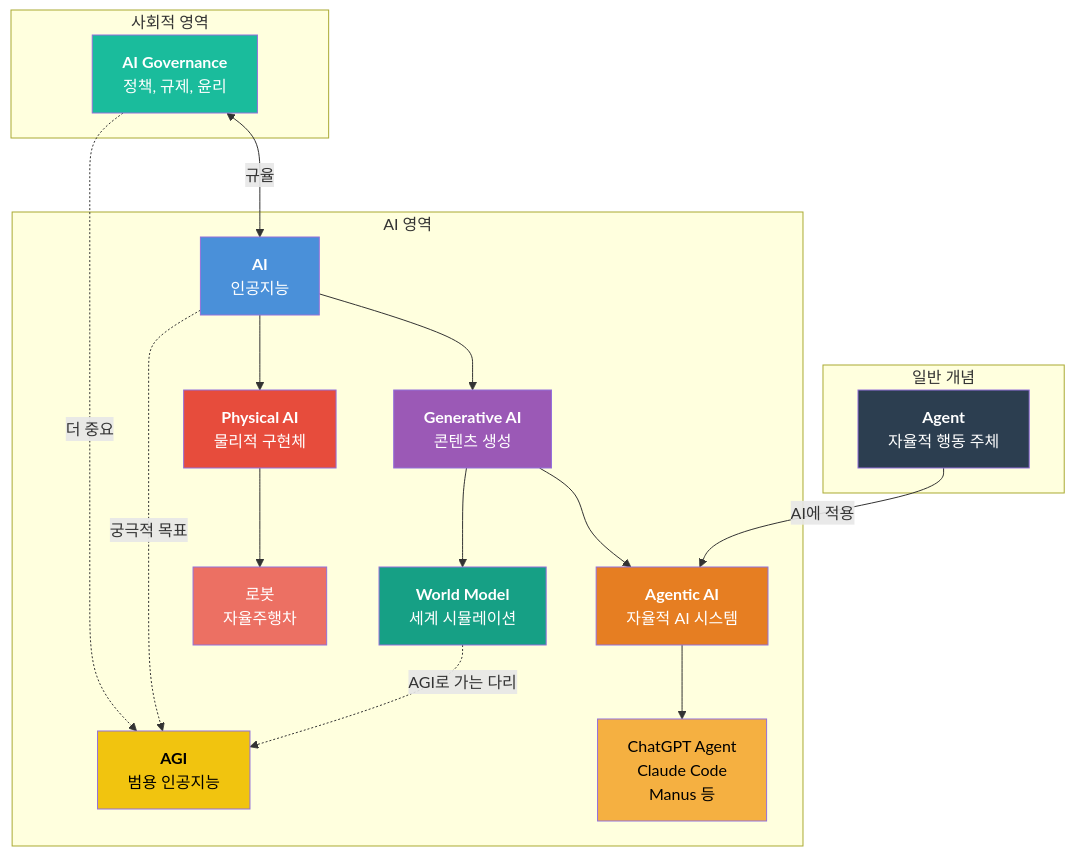
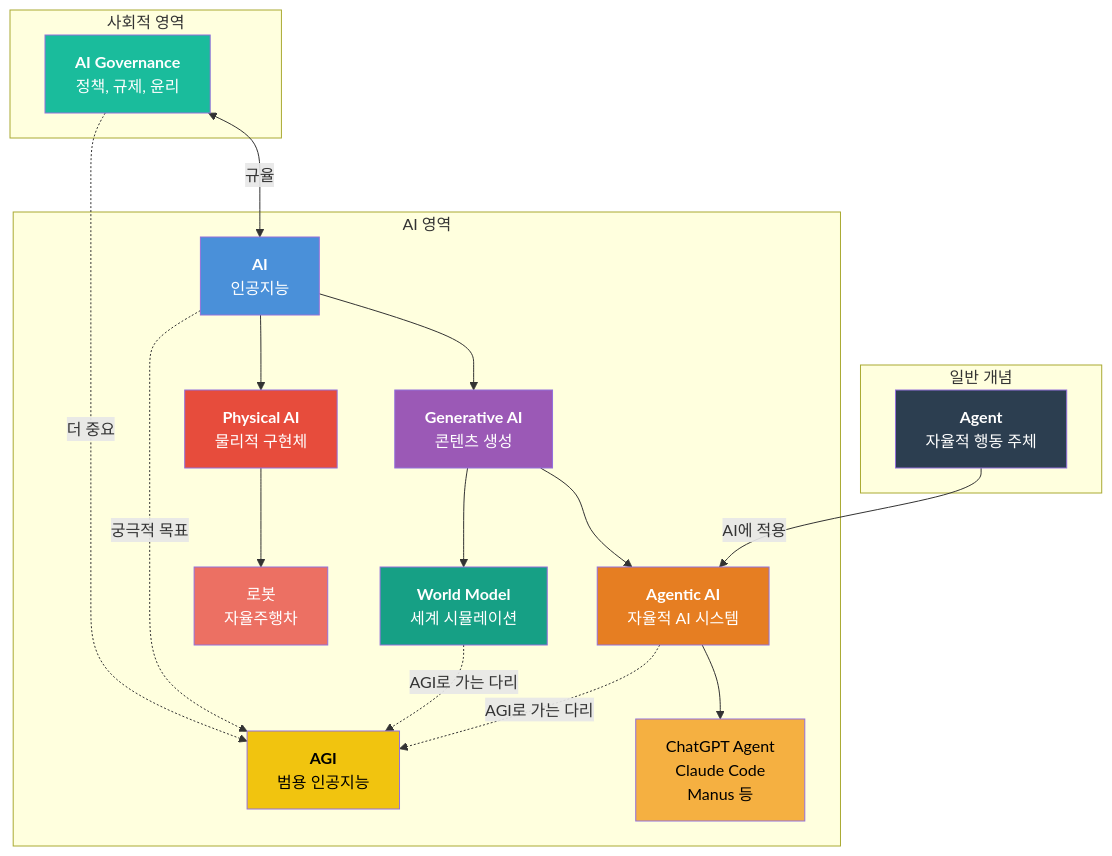
The first of 9 diagrams in docs/Part0_AI_용어_개념정리.md (SeolMuah/text-analysis-llm), drawn with Mermaid before and after one commit. The commit also changed other lines of this file and 1 other file, not shown here.

````diff
--- a/docs/Part0_AI_용어_개념정리.md
+++ b/docs/Part0_AI_용어_개념정리.md
@@ -20,45 +20,46 @@
 ```mermaid
 flowchart TB
     subgraph LEFT["일반 개념"]
         Agent["<b>Agent</b><br/>자율적 행동 주체"]
     end
 
     subgraph CENTER["AI 영역"]
         AI["<b>AI</b><br/>인공지능"]
         GenAI["<b>Generative AI</b><br/>콘텐츠 생성"]
         Physical["<b>Physical AI</b><br/>물리적 구현체"]
         Agentic["<b>Agentic AI</b><br/>자율적 AI 시스템"]
         WorldModel["<b>World Model</b><br/>세계 시뮬레이션"]
         SW["ChatGPT Agent<br/>Claude Code<br/>Manus 등"]
         HW["로봇<br/>자율주행차"]
         AGI["<b>AGI</b><br/>범용 인공지능"]
 
         AI --> GenAI
         AI --> Physical
         GenAI --> Agentic
         GenAI --> WorldModel
         Agentic --> SW
         Physical --> HW
         WorldModel -.->|"AGI로 가는 다리"| AGI
+        Agentic -.->|"AGI로 가는 다리"| AGI
         AI -.->|"궁극적 목표"| AGI
     end
 
     subgraph RIGHT["사회적 영역"]
         Governance["<b>AI Governance</b><br/>정책, 규제, 윤리"]
     end
 
     Agent -->|"AI에 적용"| Agentic
     Governance <-->|"규율"| AI
     Governance -.->|"더 중요"| AGI
 
     style Agent fill:#2C3E50,color:#fff
     style AI fill:#4A90D9,color:#fff
     style GenAI fill:#9B59B6,color:#fff
     style Agentic fill:#E67E22,color:#fff
     style Physical fill:#E74C3C,color:#fff
     style WorldModel fill:#16A085,color:#fff
     style AGI fill:#F1C40F,color:#000
     style Governance fill:#1ABC9C,color:#fff
     style SW fill:#F5B041,color:#000
     style HW fill:#EC7063,color:#fff
 ```
````
